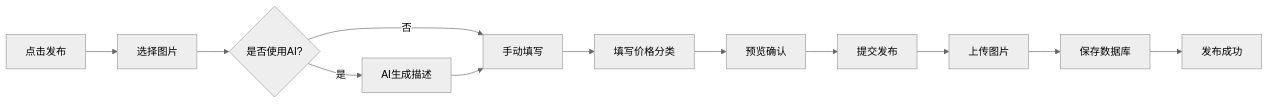
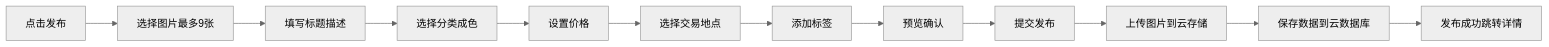
Before and after one commit to huangxyy/Campus-student-exchanges-app--: the first of 2 diagrams in campus-market-app-plan.md, drawn with Mermaid (neutral theme). The commit also changed other lines of this file and 78 other files, not shown here.

````diff
--- a/campus-market-app-plan.md
+++ b/campus-market-app-plan.md
@@ -253,14 +448,14 @@
 ```mermaid
 graph LR
-    A[点击发布] --> B[选择图片]
-    B --> C{是否使用AI?}
-    C -->|是| D[AI生成描述]
-    C -->|否| E[手动填写]
-    D --> E
-    E --> F[填写价格分类]
-    F --> G[预览确认]
-    G --> H[提交发布]
-    H --> I[上传图片]
-    I --> J[保存数据库]
-    J --> K[发布成功]
+    A[点击发布] --> B[选择图片最多9张]
+    B --> C[填写标题描述]
+    C --> D[选择分类成色]
+    D --> E[设置价格]
+    E --> F[选择交易地点]
+    F --> G[添加标签]
+    G --> H[预览确认]
+    H --> I[提交发布]
+    I --> J[上传图片到云存储]
+    J --> K[保存数据到云数据库]
+    K --> L[发布成功跳转详情]
 ```
````
